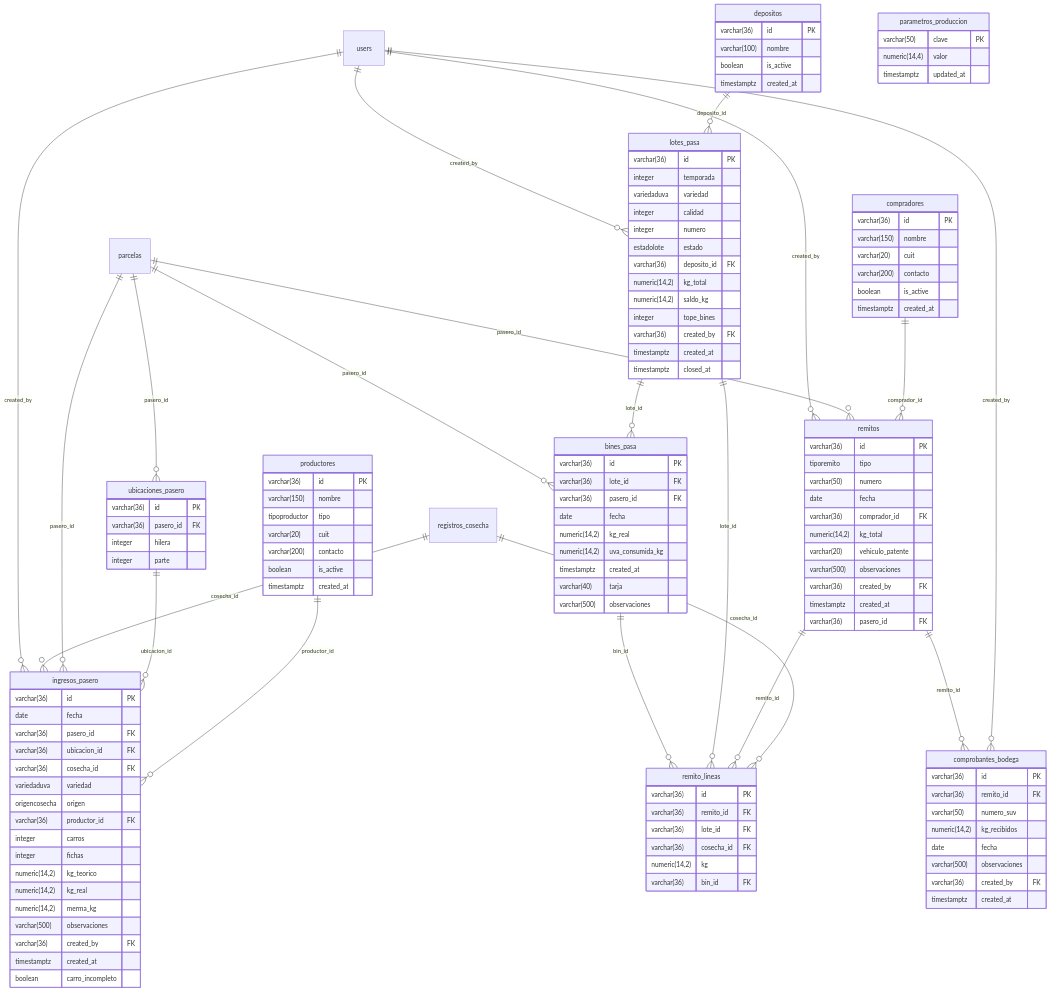
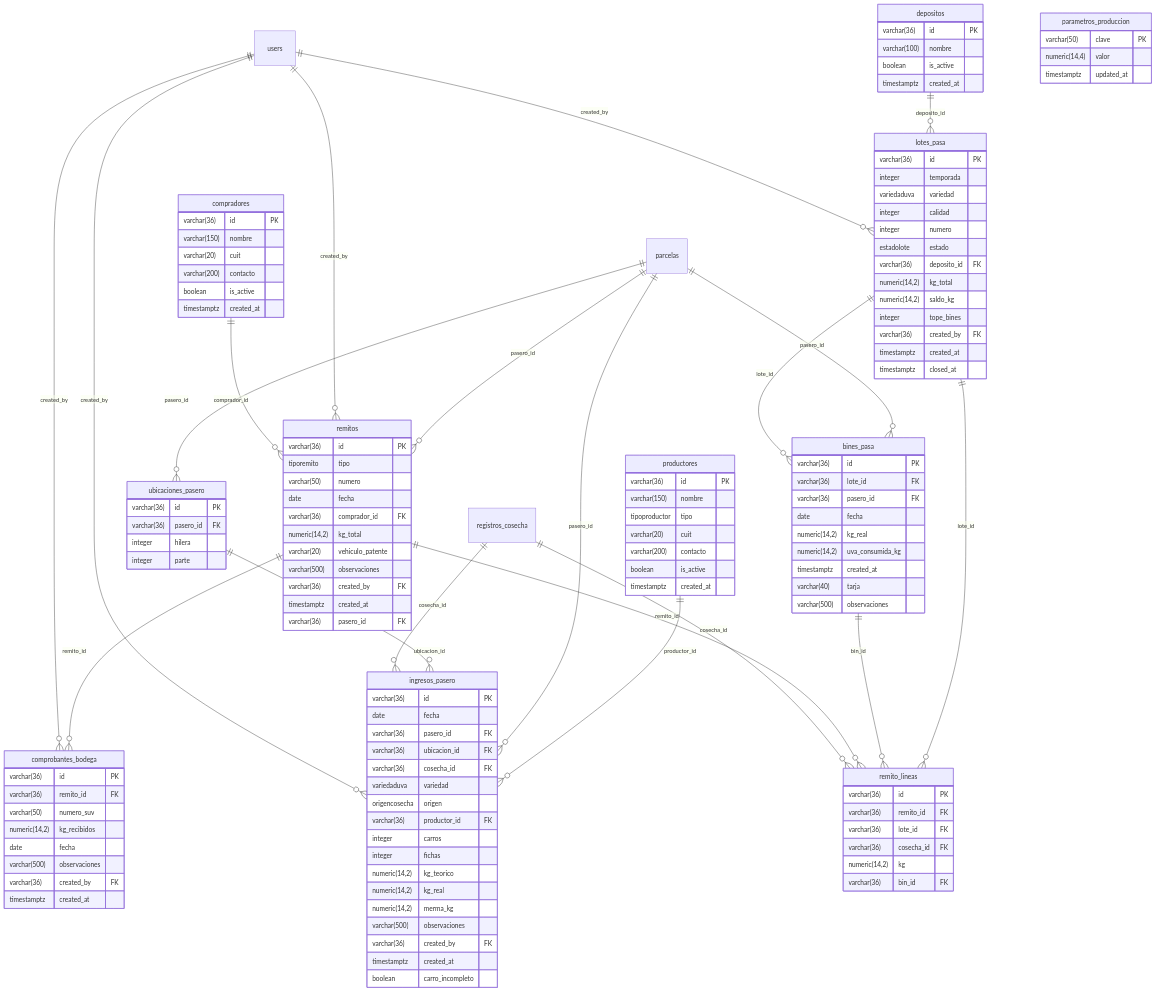
One commit to FaustoYanzon/Proyecto-Gestion-Los-Lirios- changed the fourth of 10 diagrams in docs/sistema/Modelo de Datos.md. Above: the diagram before and after it, drawn with Mermaid. The commit also changed other lines of this file and 1 other file, not shown here.

````diff
--- a/docs/sistema/Modelo de Datos.md
+++ b/docs/sistema/Modelo de Datos.md
@@ -556,23 +554,23 @@
 ```mermaid
 erDiagram
+    lotes_pasa ||--o{ bines_pasa : "lote_id"
     parcelas ||--o{ bines_pasa : "pasero_id"
-    lotes_pasa ||--o{ bines_pasa : "lote_id"
+    users ||--o{ comprobantes_bodega : "created_by"
     remitos ||--o{ comprobantes_bodega : "remito_id"
-    users ||--o{ comprobantes_bodega : "created_by"
     users ||--o{ ingresos_pasero : "created_by"
     registros_cosecha ||--o{ ingresos_pasero : "cosecha_id"
+    ubicaciones_pasero ||--o{ ingresos_pasero : "ubicacion_id"
     parcelas ||--o{ ingresos_pasero : "pasero_id"
-    ubicaciones_pasero ||--o{ ingresos_pasero : "ubicacion_id"
     productores ||--o{ ingresos_pasero : "productor_id"
     users ||--o{ lotes_pasa : "created_by"
     depositos ||--o{ lotes_pasa : "deposito_id"
+    registros_cosecha ||--o{ remito_lineas : "cosecha_id"
+    remitos ||--o{ remito_lineas : "remito_id"
     bines_pasa ||--o{ remito_lineas : "bin_id"
     lotes_pasa ||--o{ remito_lineas : "lote_id"
-    remitos ||--o{ remito_lineas : "remito_id"
-    registros_cosecha ||--o{ remito_lineas : "cosecha_id"
+    compradores ||--o{ remitos : "comprador_id"
     users ||--o{ remitos : "created_by"
     parcelas ||--o{ remitos : "pasero_id"
-    compradores ||--o{ remitos : "comprador_id"
     parcelas ||--o{ ubicaciones_pasero : "pasero_id"
     productores {
         varchar(36) id PK
````
